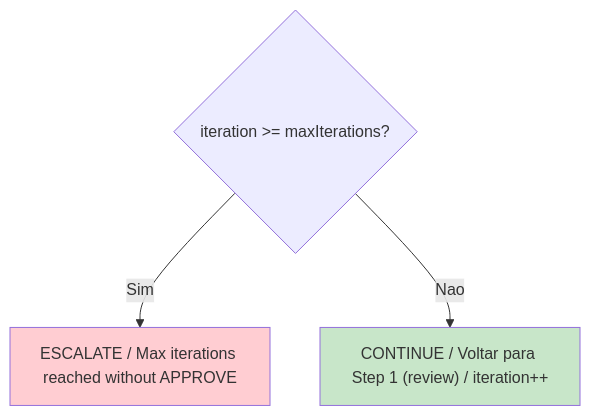
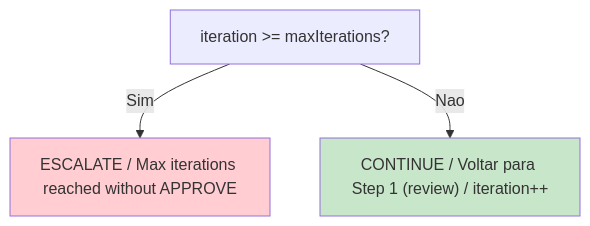
The fifth of 10 diagrams in content/en/docs/guides/workflows/QA-LOOP-WORKFLOW.mdx (bychrisr/aios-docs), drawn with Mermaid before and after one commit. The commit also changed other lines of this file and 40 other files, not shown here.

````diff
--- a/content/en/docs/guides/workflows/QA-LOOP-WORKFLOW.mdx
+++ b/content/en/docs/guides/workflows/QA-LOOP-WORKFLOW.mdx
@@ -384,10 +384,10 @@
 ```mermaid
 flowchart TD
-    I{"iteration >= maxIterations?"}
+    I["iteration >= maxIterations?"]
 
     I -->|"Sim"| E["ESCALATE / Max iterations reached without APPROVE"]
     I -->|"Nao"| C["CONTINUE / Voltar para Step 1 (review) / iteration++"]
 
     style E fill:#ffcdd2
     style C fill:#c8e6c9
 ```
````
